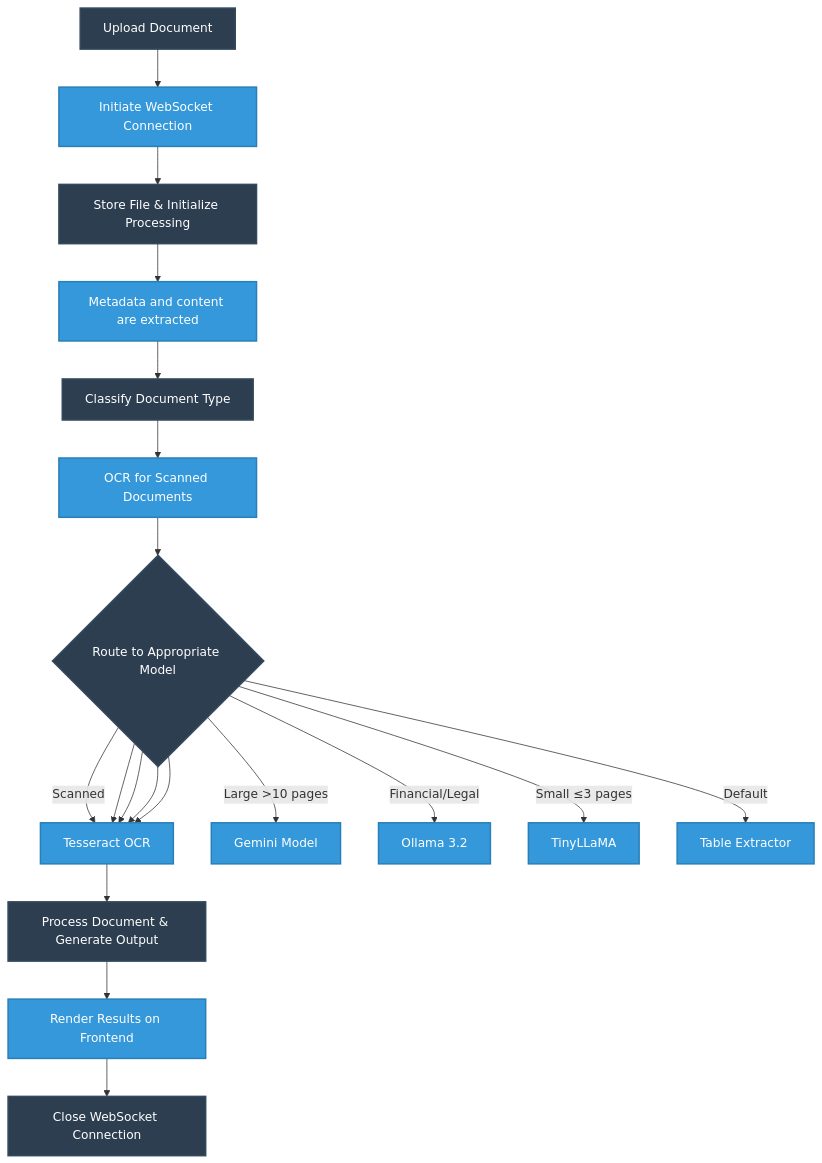
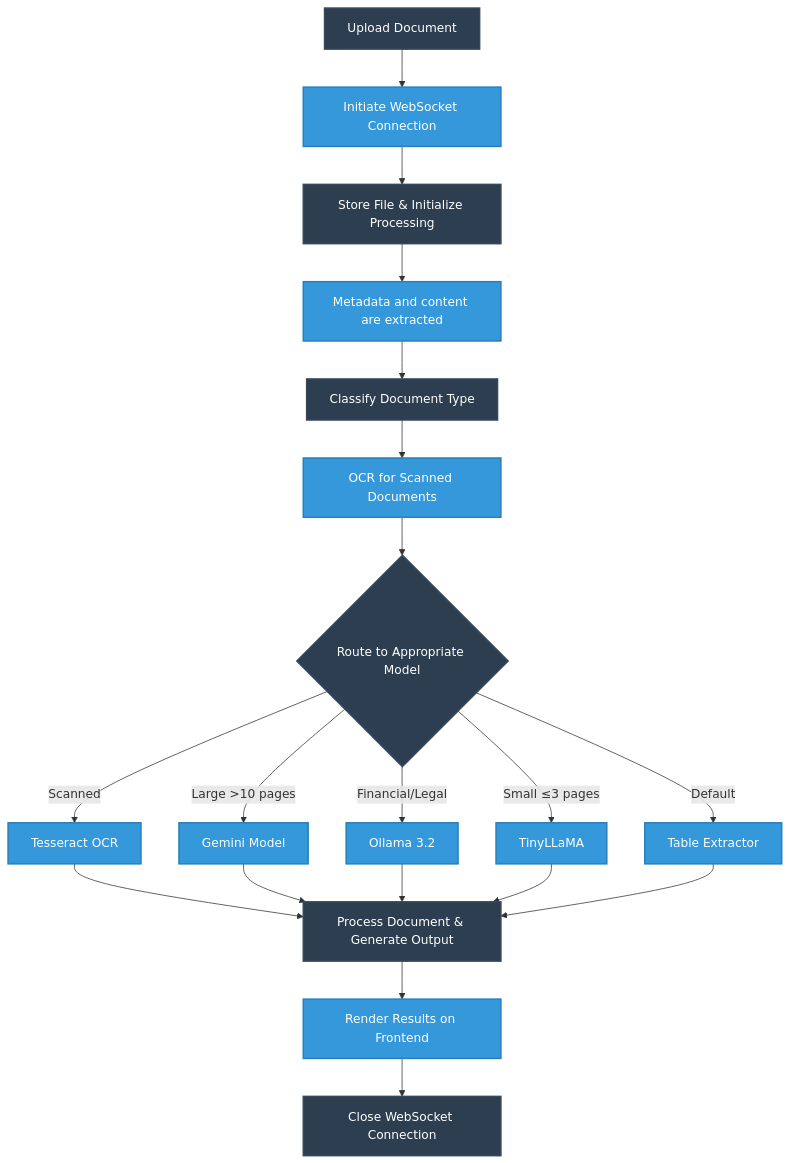
The diagram in README.md (pharshithaa/document-processing-system), drawn with Mermaid before and after one commit.

````diff
--- a/README.md
+++ b/README.md
@@ -9,51 +9,51 @@
 ```mermaid
 graph TD
     %% Frontend Flow
     A[Upload Document] --> B[Initiate WebSocket Connection]
     B --> C[Store File & Initialize Processing]
     
     %% Backend Processing
     C --> D[Metadata and content are extracted]
     D --> E[Classify Document Type]
     
     %% Document Analysis
     E --> F[OCR for Scanned Documents]
     F --> G{Route to Appropriate Model}
     
     %% Processing Paths
     G -->|Scanned| H[Tesseract OCR]
     G -->|Large >10 pages| I[Gemini Model]
     G -->|Financial/Legal| J[Ollama 3.2]
     G -->|Small ≤3 pages| K[TinyLLaMA]
     G -->|Default| L[Table Extractor]
     
     %% Content Processing
     H --> M[Process Document & Generate Output]
-    G --> H
-    G --> H
-    G --> H
-    G --> H
+    I --> M
+    J --> M
+    K --> M
+    L --> M
 
     
     %% Results & Status
     M --> N[Render Results on Frontend]
     N --> O[Close WebSocket Connection]
     
 
     %% Styling - Professional Blue Theme
     style A fill:#2c3e50,stroke:#34495e,stroke-width:2px,color:#fff
     style B fill:#3498db,stroke:#2980b9,stroke-width:2px,color:#fff
     style C fill:#2c3e50,stroke:#34495e,stroke-width:2px,color:#fff
     style D fill:#3498db,stroke:#2980b9,stroke-width:2px,color:#fff
     style E fill:#2c3e50,stroke:#34495e,stroke-width:2px,color:#fff
     style F fill:#3498db,stroke:#2980b9,stroke-width:2px,color:#fff
     style G fill:#2c3e50,stroke:#34495e,stroke-width:2px,color:#fff
     style H fill:#3498db,stroke:#2980b9,stroke-width:2px,color:#fff
     style I fill:#3498db,stroke:#2980b9,stroke-width:2px,color:#fff
     style J fill:#3498db,stroke:#2980b9,stroke-width:2px,color:#fff
     style K fill:#3498db,stroke:#2980b9,stroke-width:2px,color:#fff
     style L fill:#3498db,stroke:#2980b9,stroke-width:2px,color:#fff
     style M fill:#2c3e50,stroke:#34495e,stroke-width:2px,color:#fff
     style N fill:#3498db,stroke:#2980b9,stroke-width:2px,color:#fff
     style O fill:#2c3e50,stroke:#34495e,stroke-width:2px,color:#fff
 ```
````
